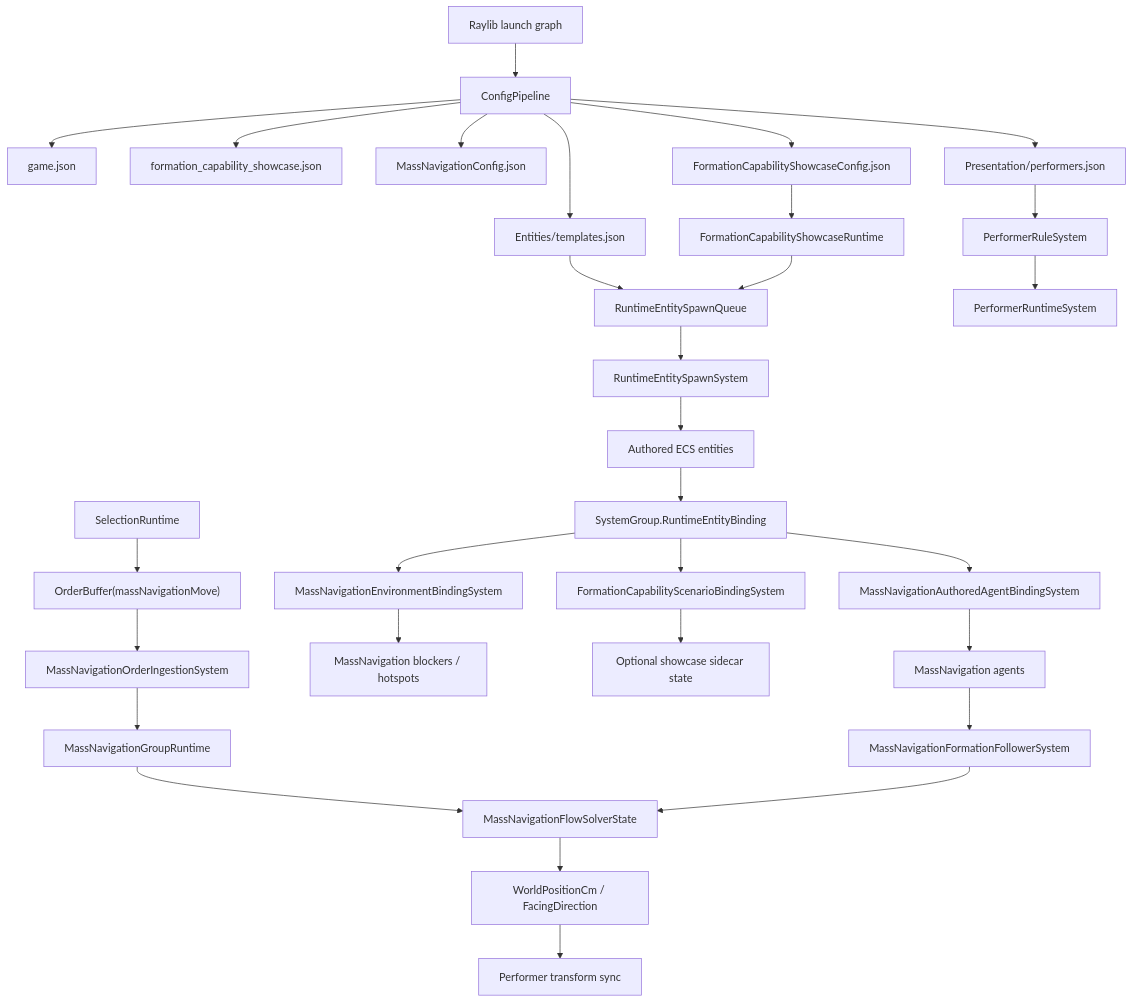
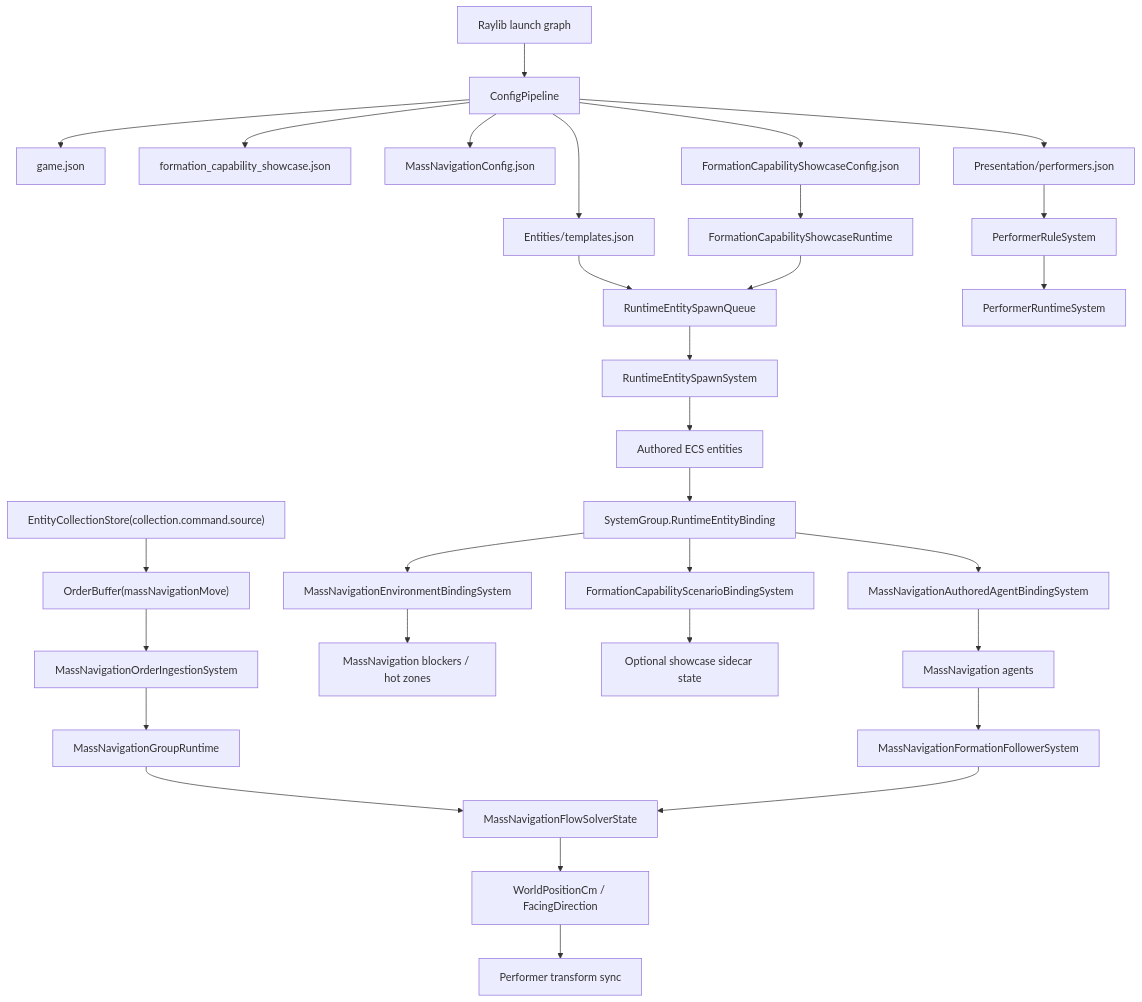
Before and after one commit to MightyBubble/Ludots: the first of 2 diagrams in gitbook/reference/mass-navigation-formal-chain.md, drawn with Mermaid. The commit also changed other lines of this file and 266 other files, not shown here.

````diff
--- a/gitbook/reference/mass-navigation-formal-chain.md
+++ b/gitbook/reference/mass-navigation-formal-chain.md
@@ -40,35 +25,35 @@
 ```mermaid
 flowchart TD
     Launch["Raylib launch graph"] --> Config["ConfigPipeline"]
     Config --> GameJson["game.json"]
     Config --> Map["formation_capability_showcase.json"]
     Config --> NavConfig["MassNavigationConfig.json"]
-    Config --> TwConfig["FormationCapabilityShowcaseConfig.json"]
+    Config --> ShowcaseConfig["FormationCapabilityShowcaseConfig.json"]
     Config --> Templates["Entities/templates.json"]
     Config --> Performers["Presentation/performers.json"]
 
-    TwConfig --> Runtime["FormationCapabilityShowcaseRuntime"]
+    ShowcaseConfig --> Runtime["FormationCapabilityShowcaseRuntime"]
     Templates --> SpawnQueue["RuntimeEntitySpawnQueue"]
     Runtime --> SpawnQueue
     SpawnQueue --> SpawnSystem["RuntimeEntitySpawnSystem"]
     SpawnSystem --> World["Authored ECS entities"]
     World --> BindingGroup["SystemGroup.RuntimeEntityBinding"]
     BindingGroup --> AgentBinding["MassNavigationAuthoredAgentBindingSystem"]
     BindingGroup --> EnvBinding["MassNavigationEnvironmentBindingSystem"]
-    BindingGroup --> TwBinding["FormationCapabilityScenarioBindingSystem"]
+    BindingGroup --> ShowcaseBinding["FormationCapabilityScenarioBindingSystem"]
 
     AgentBinding --> Agents["MassNavigation agents"]
-    EnvBinding --> Obstacles["MassNavigation blockers / hotspots"]
-    TwBinding --> Formations["Optional showcase sidecar state"]
+    EnvBinding --> Obstacles["MassNavigation blockers / hot zones"]
+    ShowcaseBinding --> Formations["Optional showcase sidecar state"]
     Agents --> FollowerSync["MassNavigationFormationFollowerSystem"]
 
-    Selection["SelectionRuntime"] --> Orders["OrderBuffer(massNavigationMove)"]
+    CommandSource["EntityCollectionStore(collection.command.source)"] --> Orders["OrderBuffer(massNavigationMove)"]
     Orders --> Ingestion["MassNavigationOrderIngestionSystem"]
     Ingestion --> Groups["MassNavigationGroupRuntime"]
     Groups --> Solver["MassNavigationFlowSolverState"]
     FollowerSync --> Solver
     Solver --> EcsState["WorldPositionCm / FacingDirection"]
     EcsState --> PerformerSync["Performer transform sync"]
     Performers --> PerformerRules["PerformerRuleSystem"]
     PerformerRules --> PerformerRuntime["PerformerRuntimeSystem"]
 ```
````
